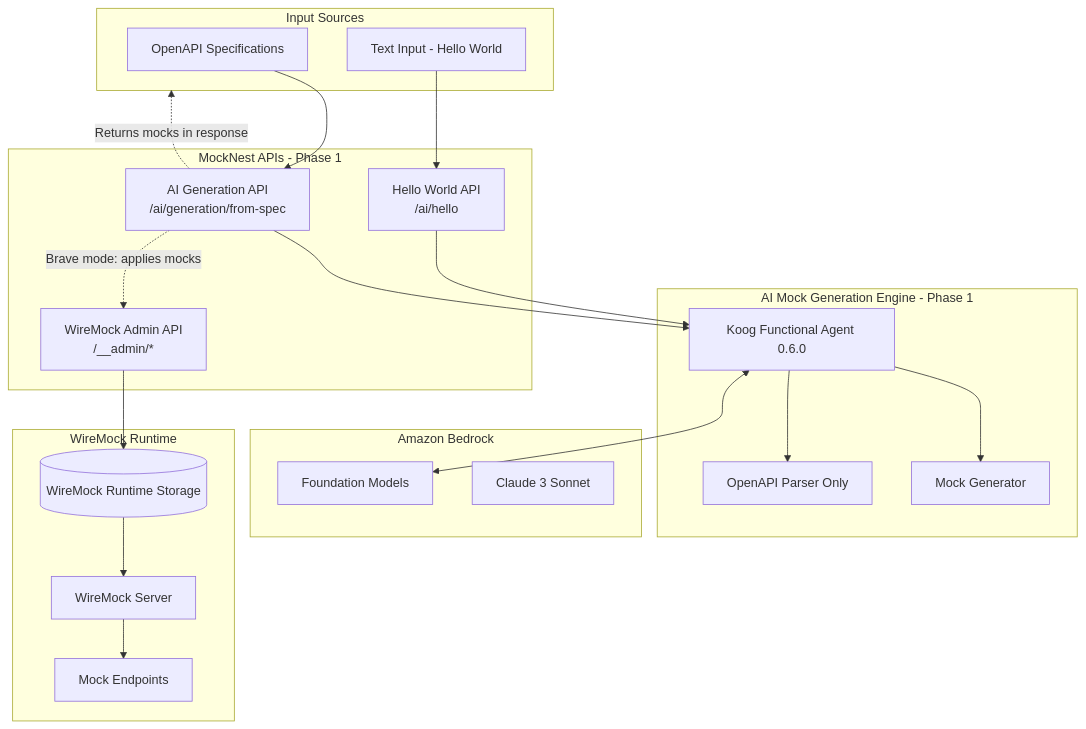
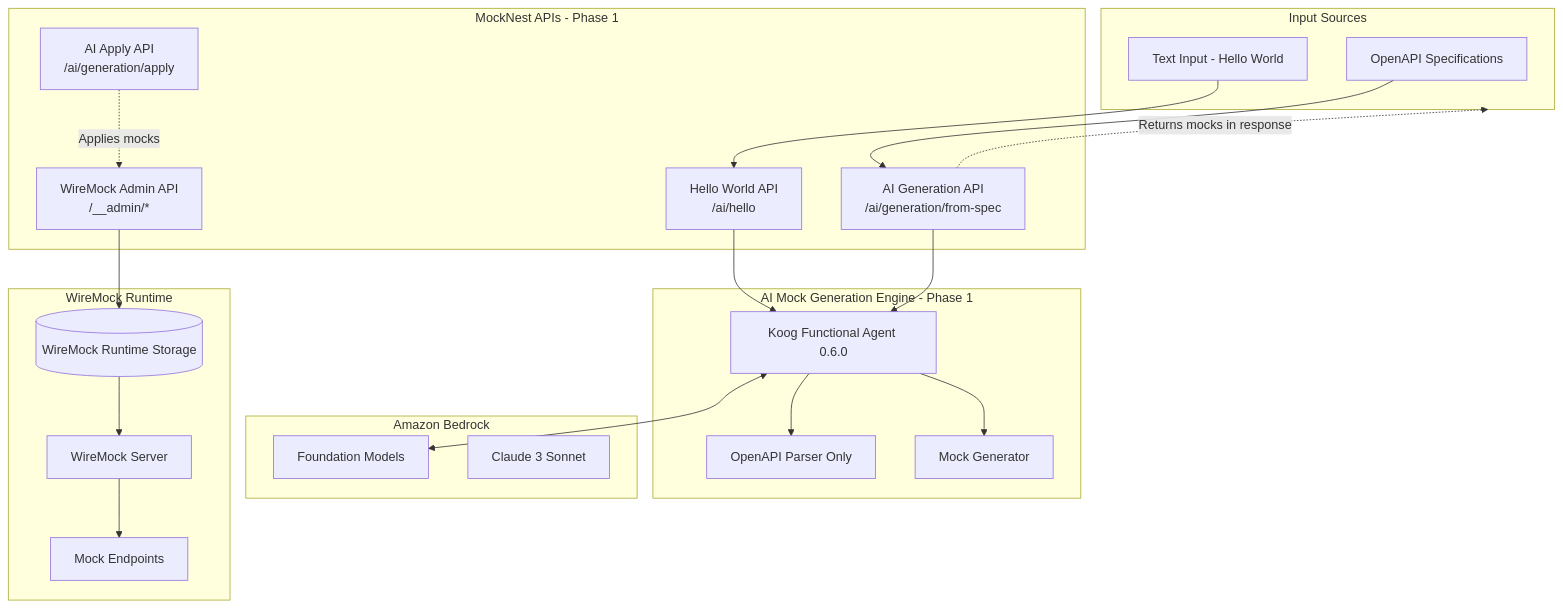
One commit to elenavanengelenmaslova/mocknest-serverless changed the first of 2 diagrams in .kiro/specs/ai-mock-generation/design.md. Above: the diagram before and after it, drawn with Mermaid. The commit also changed other lines of this file and 3 other files, not shown here.

````diff
--- a/.kiro/specs/ai-mock-generation/design.md
+++ b/.kiro/specs/ai-mock-generation/design.md
@@ -31,46 +31,47 @@
 ```mermaid
 flowchart TB
     subgraph Input["Input Sources"]
         SPEC[OpenAPI Specifications]
         TEXT[Text Input - Hello World]
     end
     
     subgraph APIs["MockNest APIs - Phase 1"]
         ADMIN[WireMock Admin API<br/>/__admin/*]
         HELLO[Hello World API<br/>/ai/hello]
         AIGEN[AI Generation API<br/>/ai/generation/from-spec]
+        AIAPPLY[AI Apply API<br/>/ai/generation/apply]
     end
     
     subgraph AIGeneration["AI Mock Generation Engine - Phase 1"]
         KOOG[Koog Functional Agent 0.6.0]
         PARSER[OpenAPI Parser Only]
         GENERATOR[Mock Generator]
         
         KOOG --> PARSER
         KOOG --> GENERATOR
     end
     
     subgraph CloudAI["Amazon Bedrock"]
         BEDROCK[Foundation Models]
         CLAUDE[Claude 3 Sonnet]
     end
     
     subgraph WireMock["WireMock Runtime"]
         RUNTIME[WireMock Server]
         ENDPOINTS[Mock Endpoints]
         MOCKSTORE[(WireMock Runtime Storage)]
     end
     
     TEXT --> HELLO
     SPEC --> AIGEN
     
     HELLO --> KOOG
     AIGEN --> KOOG
     KOOG <--> BEDROCK
     
     AIGEN -.->|Returns mocks in response| Input
-    AIGEN -.->|Brave mode: applies mocks| ADMIN
+    AIAPPLY -.->|Applies mocks| ADMIN
     ADMIN --> MOCKSTORE
     MOCKSTORE --> RUNTIME
     RUNTIME --> ENDPOINTS
 ```
````
